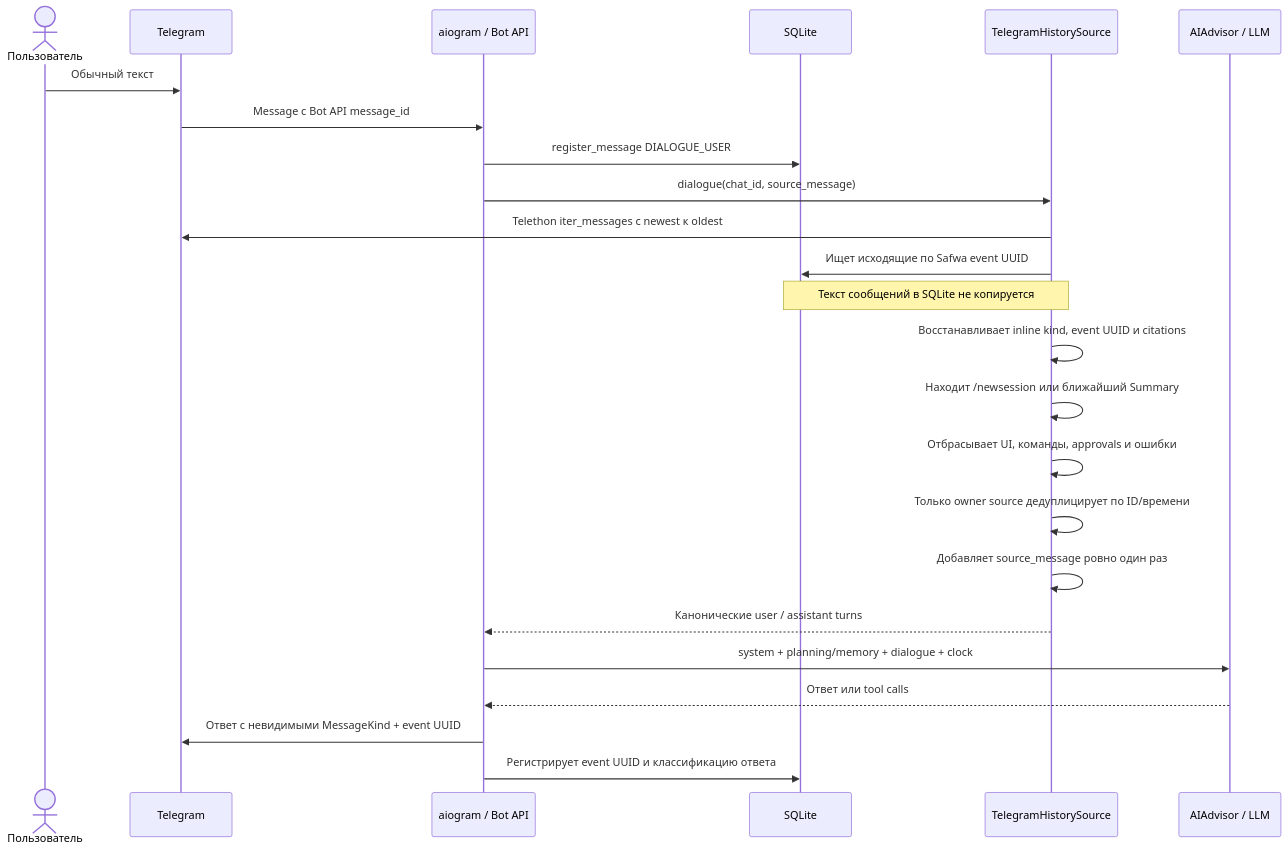
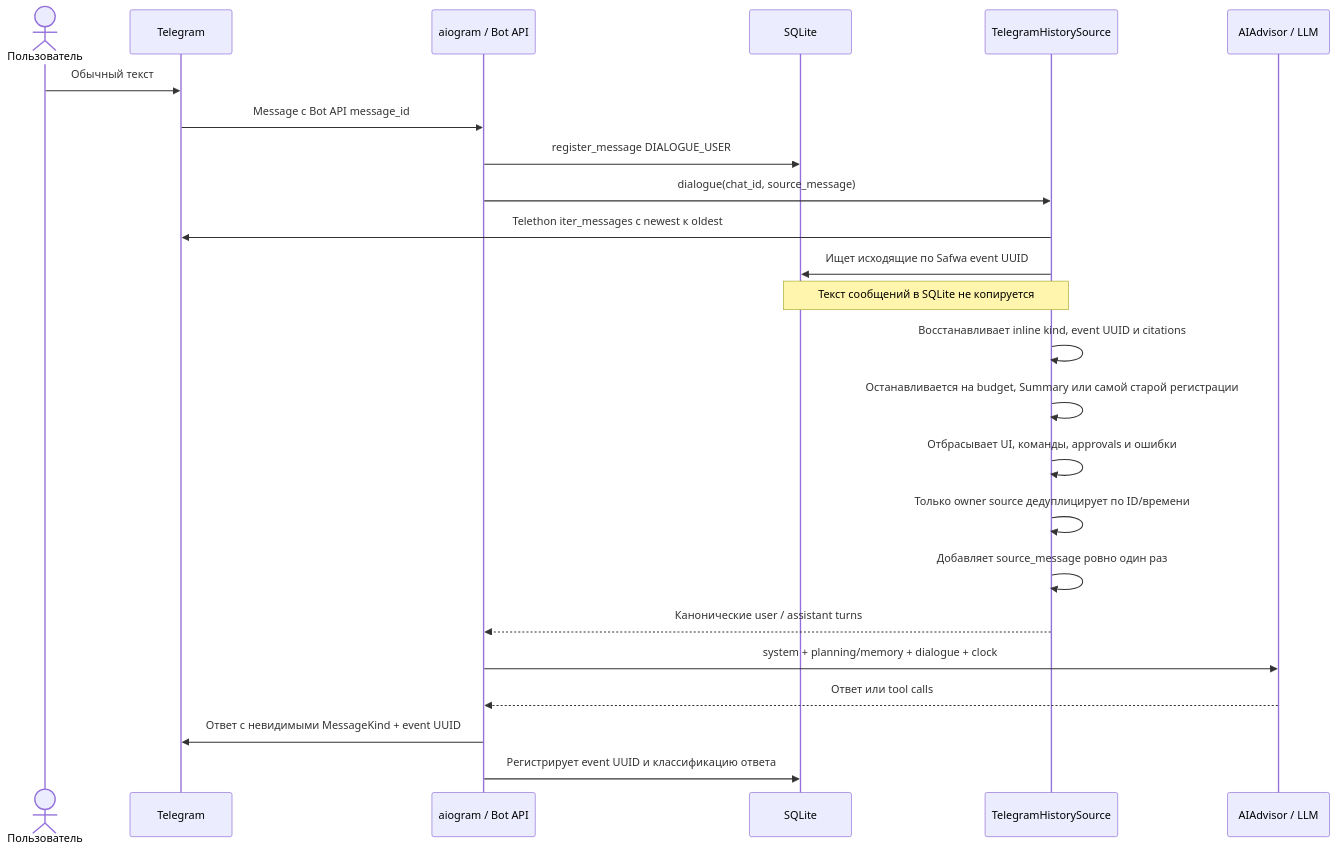
Before and after one commit to myvaheed/tg-ai-safwa: the first of 3 diagrams in docs/diagrams/01-telegram-vs-llm-history.md, drawn with Mermaid. The commit also changed other lines of this file and 28 other files, not shown here.

````diff
--- a/docs/diagrams/01-telegram-vs-llm-history.md
+++ b/docs/diagrams/01-telegram-vs-llm-history.md
@@ -10,27 +10,27 @@
 ```mermaid
 sequenceDiagram
     actor U as Пользователь
     participant TG as Telegram
     participant B as aiogram / Bot API
     participant DB as SQLite
     participant H as TelegramHistorySource
     participant L as AIAdvisor / LLM
 
     U->>TG: Обычный текст
     TG->>B: Message с Bot API message_id
     B->>DB: register_message DIALOGUE_USER
     B->>H: dialogue(chat_id, source_message)
     H->>TG: Telethon iter_messages с newest к oldest
     H->>DB: Ищет исходящие по Safwa event UUID
     Note over H,DB: Текст сообщений в SQLite не копируется
     H->>H: Восстанавливает inline kind, event UUID и citations
-    H->>H: Находит /newsession или ближайший Summary
+    H->>H: Останавливается на budget, Summary или самой старой регистрации
     H->>H: Отбрасывает UI, команды, approvals и ошибки
     H->>H: Только owner source дедуплицирует по ID/времени
     H->>H: Добавляет source_message ровно один раз
     H-->>B: Канонические user / assistant turns
     B->>L: system + planning/memory + dialogue + clock
     L-->>B: Ответ или tool calls
     B->>TG: Ответ с невидимыми MessageKind + event UUID
     B->>DB: Регистрирует event UUID и классификацию ответа
 ```
````
